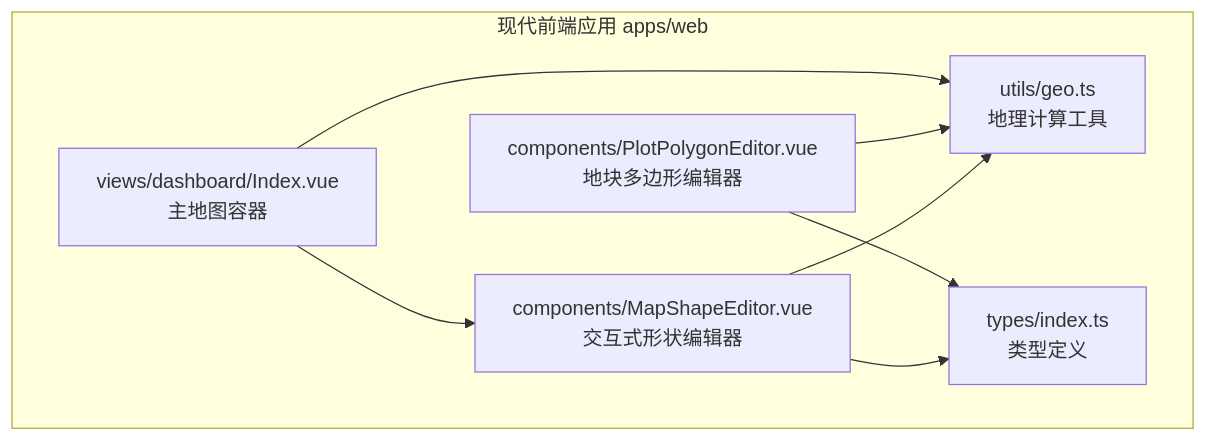
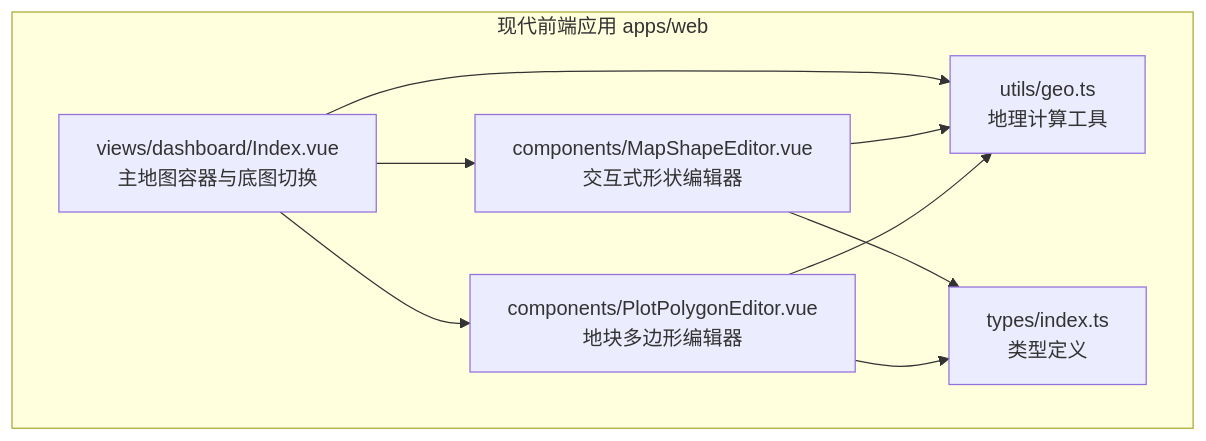
One commit to q446328246/agri-platform changed the first of 6 diagrams in .qoder/repowiki/zh/content/前端应用文档/地图可视化.md. Above: the diagram before and after it, drawn with Mermaid. The commit also changed other lines of this file and 3 other files, not shown here.

Commit message:
docs: 同步 repowiki 知识库（底图增强后自动重生成）

````diff
--- a/.qoder/repowiki/zh/content/前端应用文档/地图可视化.md
+++ b/.qoder/repowiki/zh/content/前端应用文档/地图可视化.md
@@ -44,16 +46,17 @@
 ```mermaid
 graph TB
 subgraph "现代前端应用 apps/web"
+Dashboard["views/dashboard/Index.vue<br/>主地图容器与底图切换"]
 ShapeEditor["components/MapShapeEditor.vue<br/>交互式形状编辑器"]
 PolygonEditor["components/PlotPolygonEditor.vue<br/>地块多边形编辑器"]
-Dashboard["views/dashboard/Index.vue<br/>主地图容器"]
 GeoUtils["utils/geo.ts<br/>地理计算工具"]
 Types["types/index.ts<br/>类型定义"]
 end
+Dashboard --> ShapeEditor
+Dashboard --> PolygonEditor
+Dashboard --> GeoUtils
 ShapeEditor --> GeoUtils
 PolygonEditor --> GeoUtils
-Dashboard --> ShapeEditor
-Dashboard --> GeoUtils
 ShapeEditor --> Types
 PolygonEditor --> Types
 ```
````
